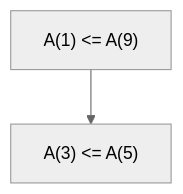
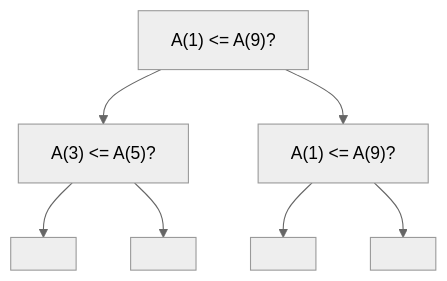
One commit to SFang-cmd/obiKnowledge changed the second of 2 diagrams in sophSpring/CIS 3200/(Lecture 2) Review of Sorting Algorithms.md. Above: the diagram before and after it, drawn with Mermaid (neutral theme). The commit also changed other lines of this file, not shown here.

````diff
--- a/sophSpring/CIS 3200/(Lecture 2) Review of Sorting Algorithms.md
+++ b/sophSpring/CIS 3200/(Lecture 2) Review of Sorting Algorithms.md
@@ -123,4 +123,9 @@
 ```mermaid
 graph TD
-A["A(1) <= A(9)"] --> B["A(3) <= A(5)"]
+A["A(1) <= A(9)?"] --> B["A(3) <= A(5)?"]
+A["A(1) <= A(9)?"] --> C["A(1) <= A(9)?"]
+B --> D[ ]
+B --> E[ ]
+C --> F[ ]
+C --> G[ ]
 ```
````
